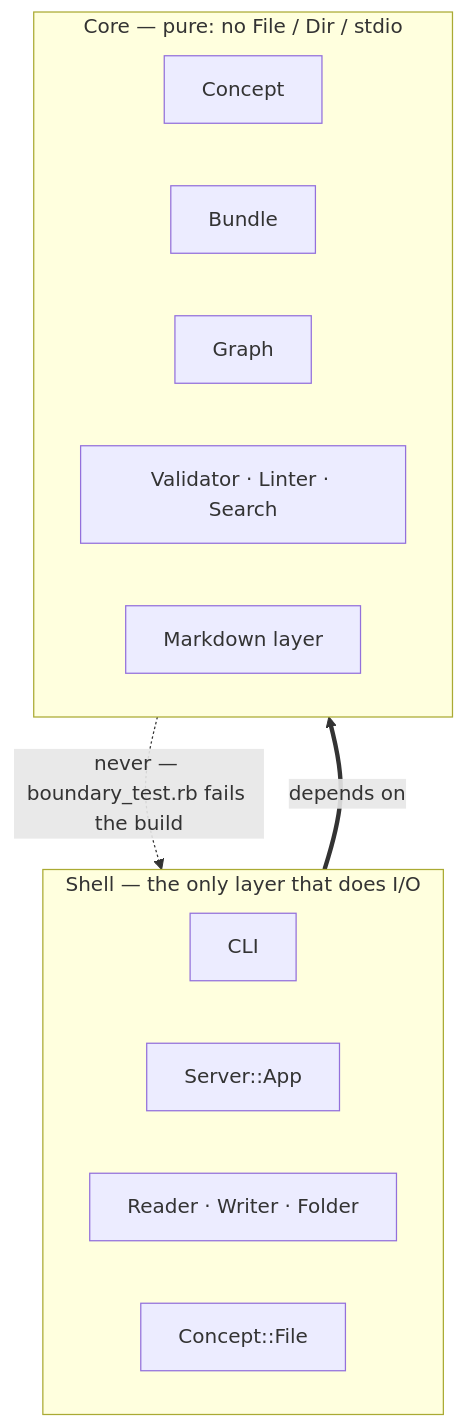
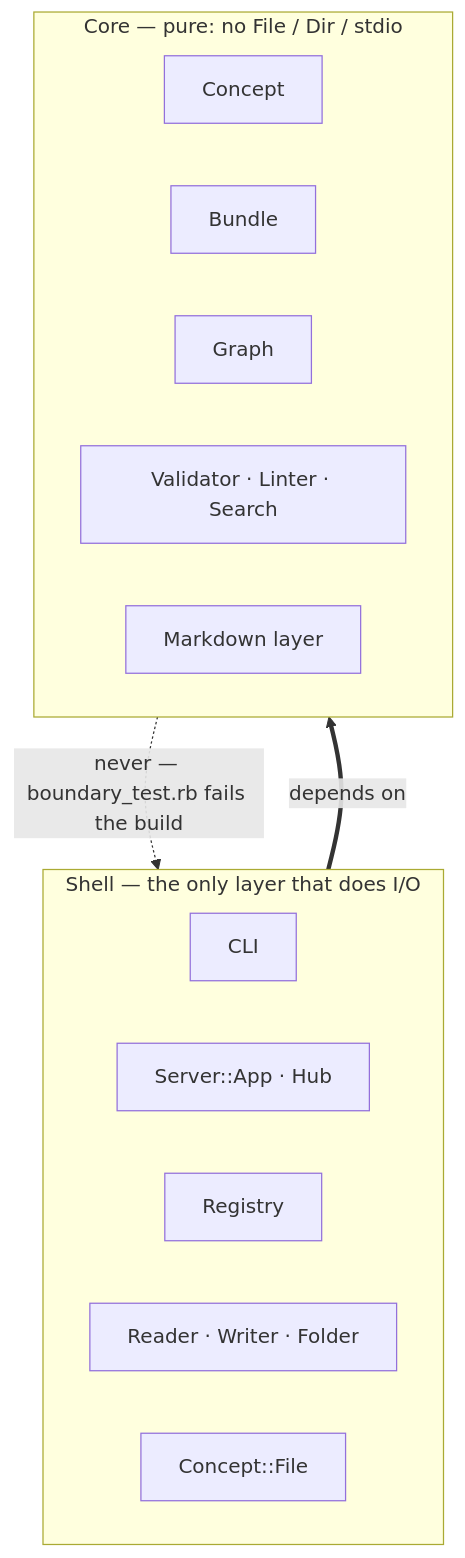
The diagram in .okf/design/core-shell-split.md (serradura/okf-gem), drawn with Mermaid before and after one commit. The commit also changed other lines of this file and 21 other files, not shown here.

First line of the commit message:
docs: the registry, the hub, and the testing rule the fixes established

````diff
--- a/.okf/design/core-shell-split.md
+++ b/.okf/design/core-shell-split.md
@@ -21,18 +22,19 @@
 ```mermaid
 flowchart TB
   subgraph shell ["Shell — the only layer that does I/O"]
     CLI["CLI"]
-    Server["Server::App"]
+    Server["Server::App · Hub"]
+    Registry["Registry"]
     RW["Reader · Writer · Folder"]
     CF["Concept::File"]
   end
   subgraph core ["Core — pure: no File / Dir / stdio"]
     Concept["Concept"]
     Bundle["Bundle"]
     Graph["Graph"]
     VL["Validator · Linter · Search"]
     MD["Markdown layer"]
   end
   shell ==>|depends on| core
   core -. "never — boundary_test.rb fails the build" .-> shell
 ```
````
